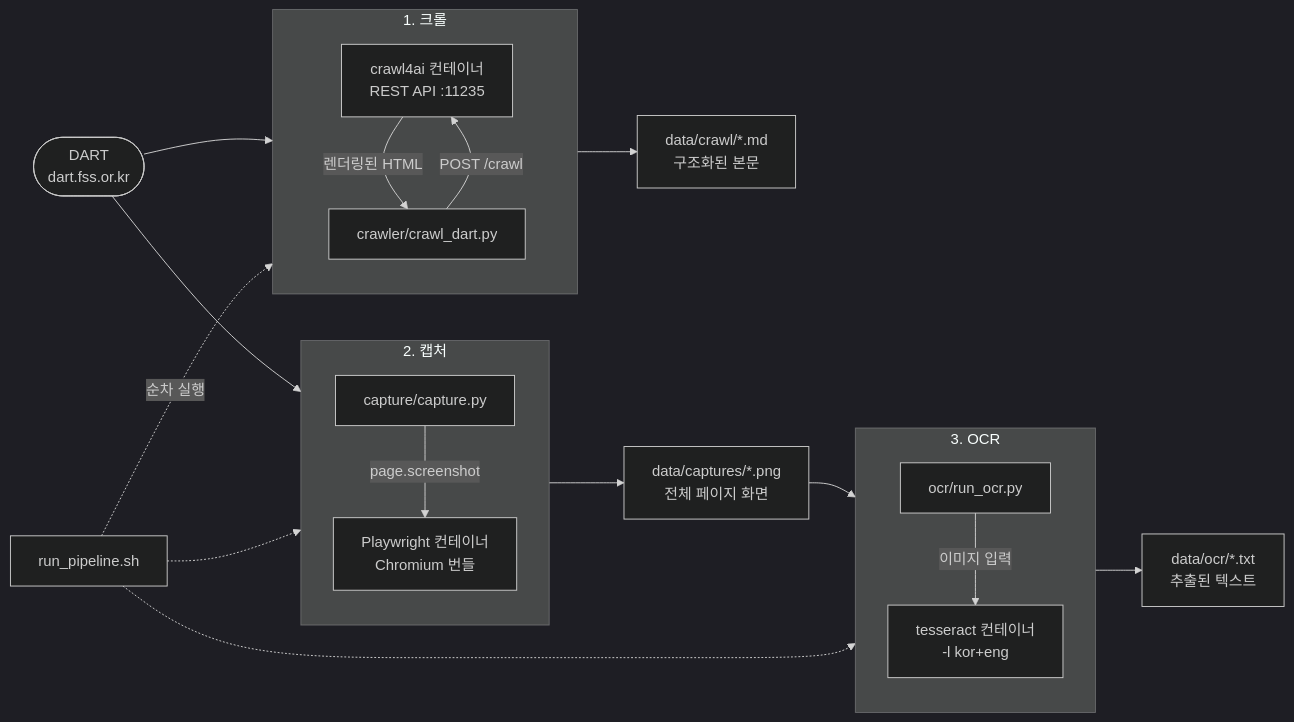
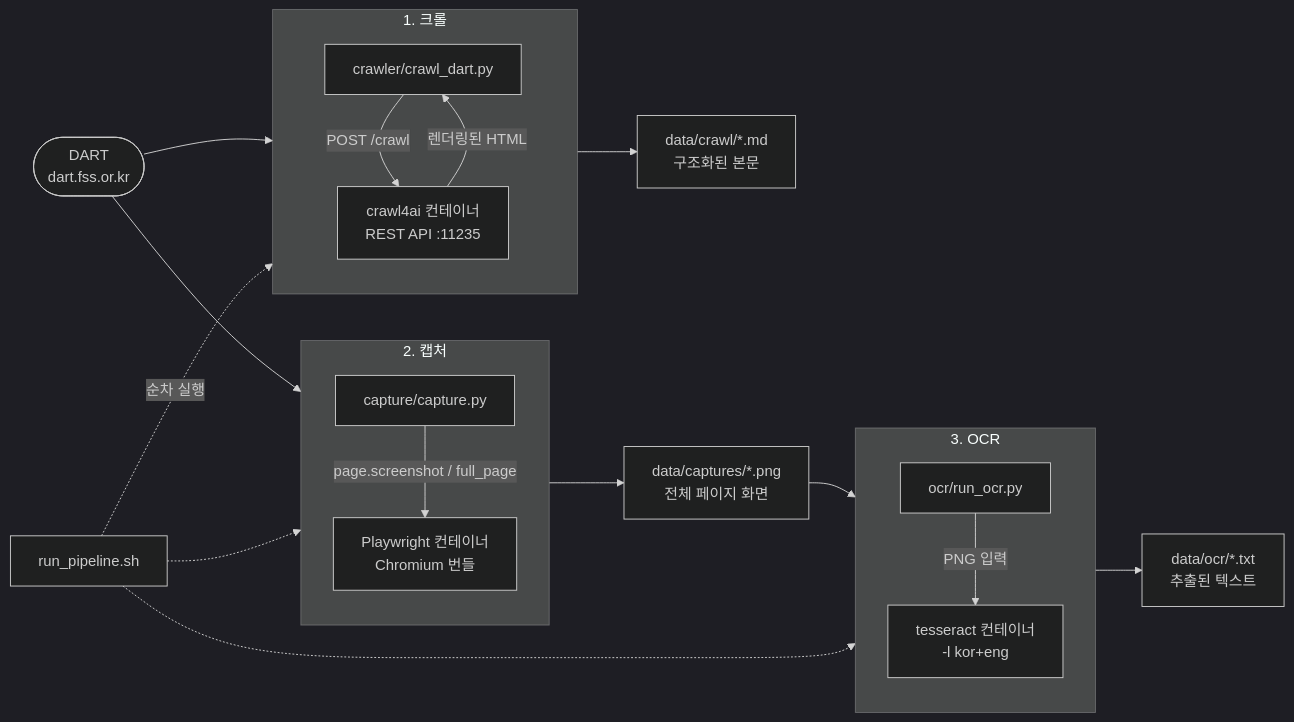
Before and after one commit to Noah-TaeHwan/dartcatcher: the diagram in README.md, drawn with Mermaid (dark theme). The commit also changed other lines of this file, not shown here.

````diff
--- a/README.md
+++ b/README.md
@@ -24,36 +69,36 @@
 ```mermaid
 flowchart LR
     subgraph S1["1. 크롤"]
         direction TB
+        C2["crawler/crawl_dart.py"]
         C1["crawl4ai 컨테이너<br/>REST API :11235"]
-        C2["crawler/crawl_dart.py"]
         C2 -->|"POST /crawl"| C1
         C1 -->|"렌더링된 HTML"| C2
     end
 
     subgraph S2["2. 캡처"]
         direction TB
+        P2["capture/capture.py"]
         P1["Playwright 컨테이너<br/>Chromium 번들"]
-        P2["capture/capture.py"]
-        P2 -->|"page.screenshot"| P1
+        P2 -->|"page.screenshot / full_page"| P1
     end
 
     subgraph S3["3. OCR"]
         direction TB
+        O2["ocr/run_ocr.py"]
         O1["tesseract 컨테이너<br/>-l kor+eng"]
-        O2["ocr/run_ocr.py"]
-        O2 -->|"이미지 입력"| O1
+        O2 -->|"PNG 입력"| O1
     end
 
     WEB(["DART<br/>dart.fss.or.kr"]) --> S1
     WEB --> S2
 
     S1 --> MD["data/crawl/*.md<br/>구조화된 본문"]
     S2 --> PNG["data/captures/*.png<br/>전체 페이지 화면"]
     PNG --> S3
     S3 --> TXT["data/ocr/*.txt<br/>추출된 텍스트"]
 
     RUN["run_pipeline.sh"] -.->|"순차 실행"| S1
     RUN -.-> S2
     RUN -.-> S3
 ```
````
